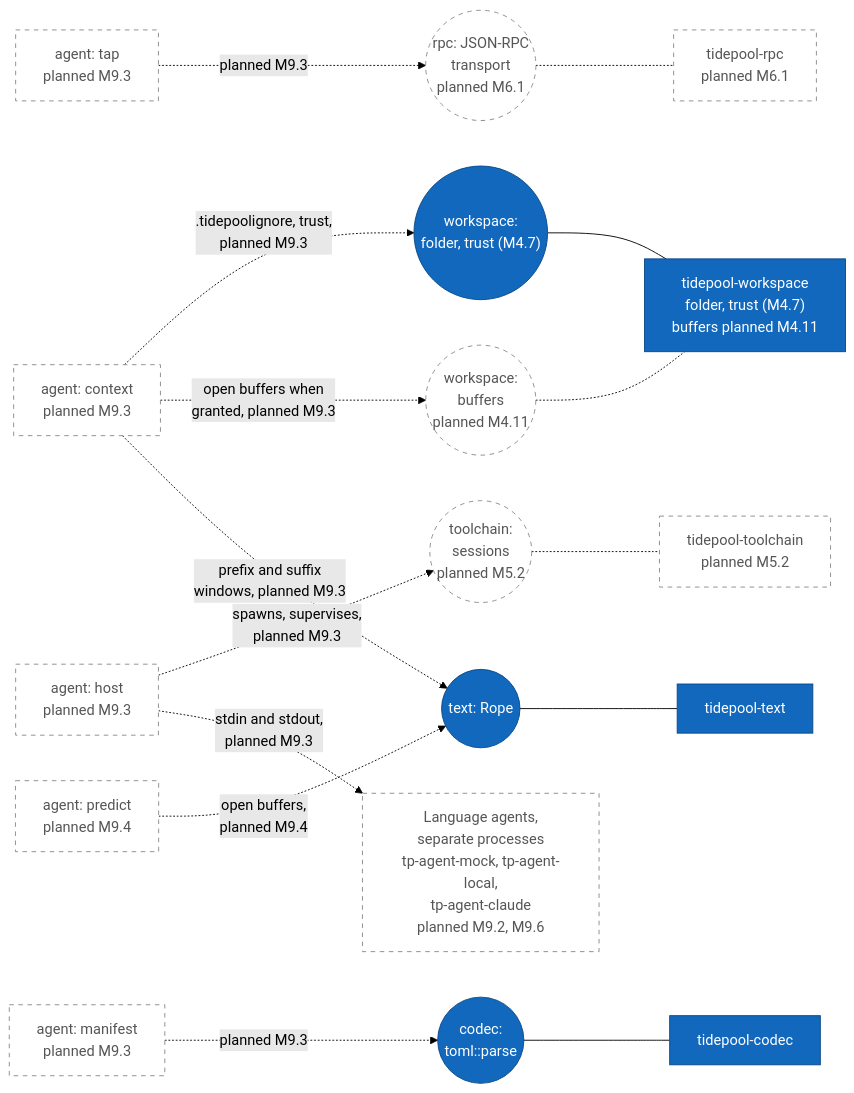
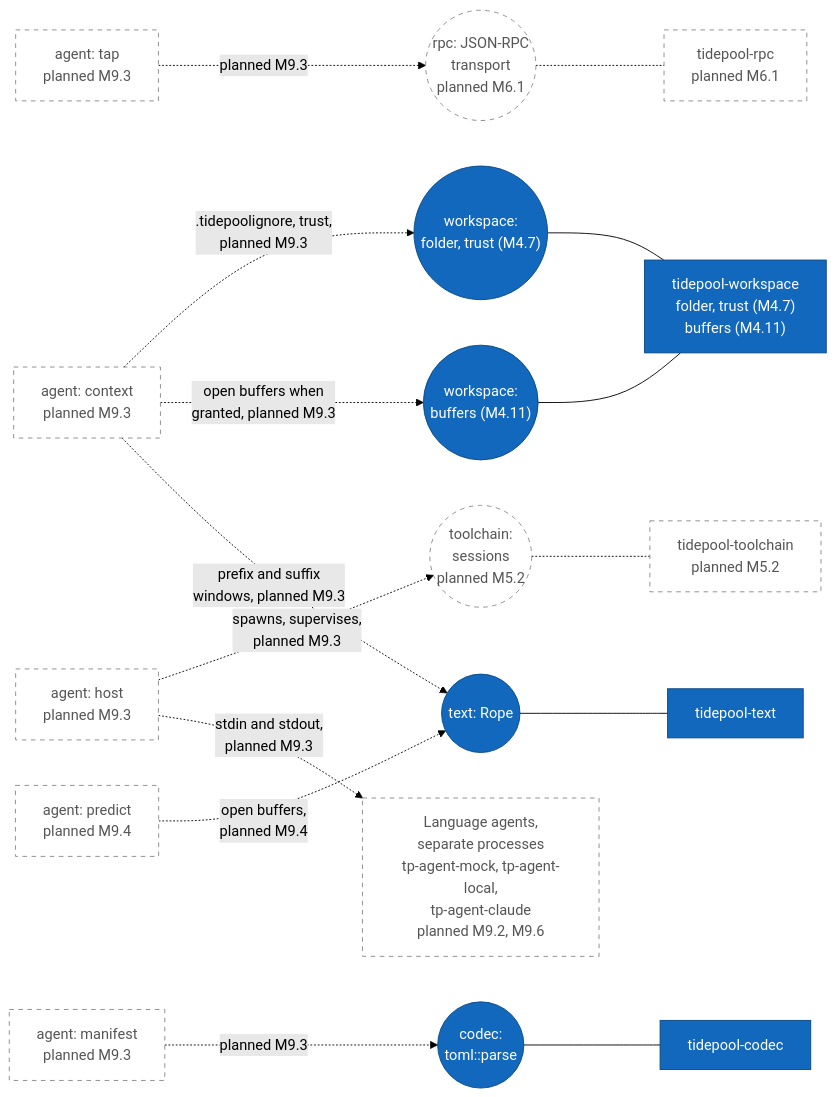
Diagram 16 of 21 in diagrams/component-diagrams.md (jabbott-iii/Tidepool), drawn with Mermaid (forest theme) before and after one commit. The commit also changed other lines of this file and 50 other files, not shown here.

First line of the commit message:
feat(workspace,text): buffers, file tree and sessions (M4.11, ADR-0069)

````diff
--- a/diagrams/component-diagrams.md
+++ b/diagrams/component-diagrams.md
@@ -991,45 +1003,45 @@
 ```mermaid
 flowchart LR
     c_tap["agent: tap<br/>planned M9.3"]
     c_host["agent: host<br/>planned M9.3"]
     c_context["agent: context<br/>planned M9.3"]
     c_predict["agent: predict<br/>planned M9.4"]
     c_manifest["agent: manifest<br/>planned M9.3"]
 
     i_framing(("rpc: JSON-RPC<br/>transport<br/>planned M6.1"))
     i_sessions(("toolchain:<br/>sessions<br/>planned M5.2"))
     i_folder(("workspace:<br/>folder, trust (M4.7)"))
-    i_buffers(("workspace:<br/>buffers<br/>planned M4.11"))
+    i_buffers(("workspace:<br/>buffers (M4.11)"))
     i_rope(("text: Rope"))
     i_tparse(("codec:<br/>toml::parse"))
 
     c_rpc["tidepool-rpc<br/>planned M6.1"]
     c_toolchain["tidepool-toolchain<br/>planned M5.2"]
-    c_workspace["tidepool-workspace<br/>folder, trust (M4.7)<br/>buffers planned M4.11"]
+    c_workspace["tidepool-workspace<br/>folder, trust (M4.7)<br/>buffers (M4.11)"]
     c_text["tidepool-text"]
     c_codec["tidepool-codec"]
     e_agent["Language agents,<br/>separate processes<br/>tp-agent-mock, tp-agent-local,<br/>tp-agent-claude<br/>planned M9.2, M9.6"]
 
     c_tap -.->|"planned M9.3"| i_framing
     c_host -.->|"spawns, supervises,<br/>planned M9.3"| i_sessions
     c_host -.->|"stdin and stdout,<br/>planned M9.3"| e_agent
     c_context -.->|".tidepoolignore, trust,<br/>planned M9.3"| i_folder
     c_context -.->|"open buffers when<br/>granted, planned M9.3"| i_buffers
     c_context -.->|"prefix and suffix<br/>windows, planned M9.3"| i_rope
     c_predict -.->|"open buffers,<br/>planned M9.4"| i_rope
     c_manifest -.->|"planned M9.3"| i_tparse
 
     i_framing -.- c_rpc
     i_sessions -.- c_toolchain
     i_folder --- c_workspace
-    i_buffers -.- c_workspace
+    i_buffers --- c_workspace
     i_rope --- c_text
     i_tparse --- c_codec
 
     classDef built fill:#1168bd,stroke:#0b4884,color:#ffffff
     classDef planned fill:#ffffff,stroke:#888888,stroke-dasharray: 5 5,color:#555555
-    class c_text,c_codec,c_workspace,i_rope,i_tparse,i_folder built
+    class c_text,c_codec,c_workspace,i_rope,i_tparse,i_folder,i_buffers built
     class c_tap,c_host,c_context,c_predict,c_manifest planned
     class c_rpc,c_toolchain,e_agent planned
-    class i_framing,i_sessions,i_buffers planned
+    class i_framing,i_sessions planned
 ```
````
